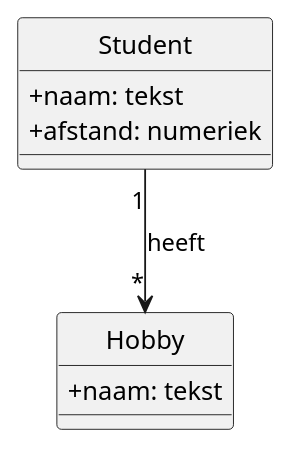
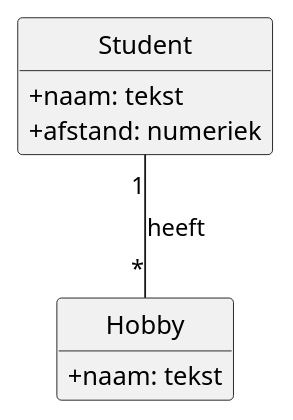
The diagram in documentatie/SRS/Domeinmodel.puml (bartvanderwal/P1-Eindapplicatie), drawn with PlantUML before and after one commit.

Commit message:
Pijl naar lijn en methoden verborgen.

```diff
--- a/documentatie/SRS/Domeinmodel.puml
+++ b/documentatie/SRS/Domeinmodel.puml
@@ -1,15 +1,16 @@
 @startuml
 skinparam classAttributeIconSize 0
 hide circles
+hide methods
 
 class Student {
   +naam: tekst
   +afstand: numeriek
 }
 
 class Hobby {
   +naam: tekst
 }
 
-Student "1" --> "*" Hobby : heeft
+Student "1" -- "*" Hobby : heeft
 @enduml
```
